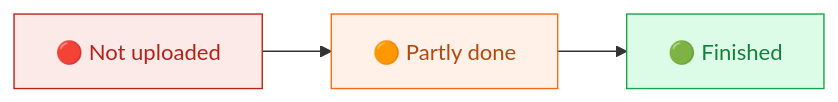
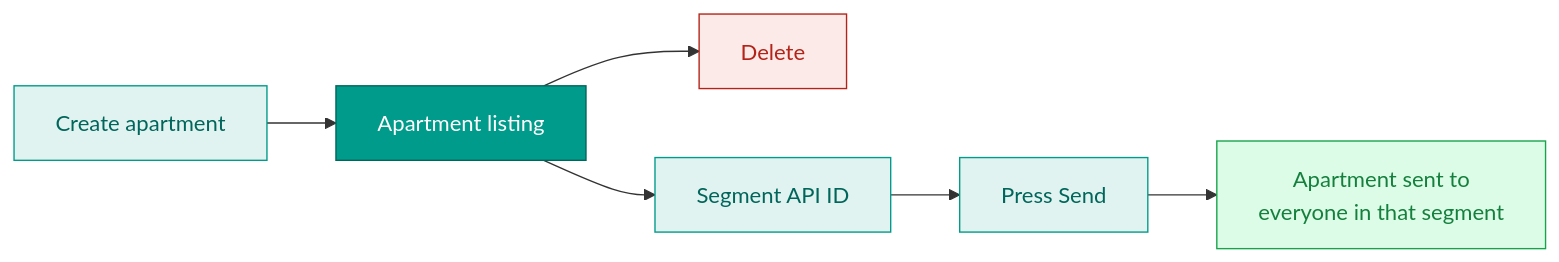
Before and after one commit to ApartmentHub03/ApartmentHub: the fourth of 7 diagrams in docs/ApartmentHub-CRM.md, drawn with Mermaid. The commit also changed other lines of this file, not shown here.

````diff
--- a/docs/ApartmentHub-CRM.md
+++ b/docs/ApartmentHub-CRM.md
@@ -122,7 +88,13 @@
 ```mermaid
 flowchart LR
-    N["🔴 Not uploaded"] --> P["🟠 Partly done"] --> F["🟢 Finished"]
-    style N fill:#fbeae8,stroke:#B42318,color:#B42318
-    style P fill:#fff1e8,stroke:#F36B19,color:#b4490f
-    style F fill:#dcfce7,stroke:#16a34a,color:#15803D
+    NEW[Create apartment] --> APT[Apartment listing]
+    APT --> DEL[Delete]
+    APT --> SEG[Segment API ID]
+    SEG --> SEND[Press Send] --> CAST[Apartment sent to<br/>everyone in that segment]
+    style APT fill:#009B8A,stroke:#00665b,color:#fff
+    style CAST fill:#dcfce7,stroke:#16a34a,color:#15803D
+    style NEW fill:#e0f3f0,stroke:#009B8A,color:#00665b
+    style SEG fill:#e0f3f0,stroke:#009B8A,color:#00665b
+    style SEND fill:#e0f3f0,stroke:#009B8A,color:#00665b
+    style DEL fill:#fbeae8,stroke:#B42318,color:#B42318
 ```
````
